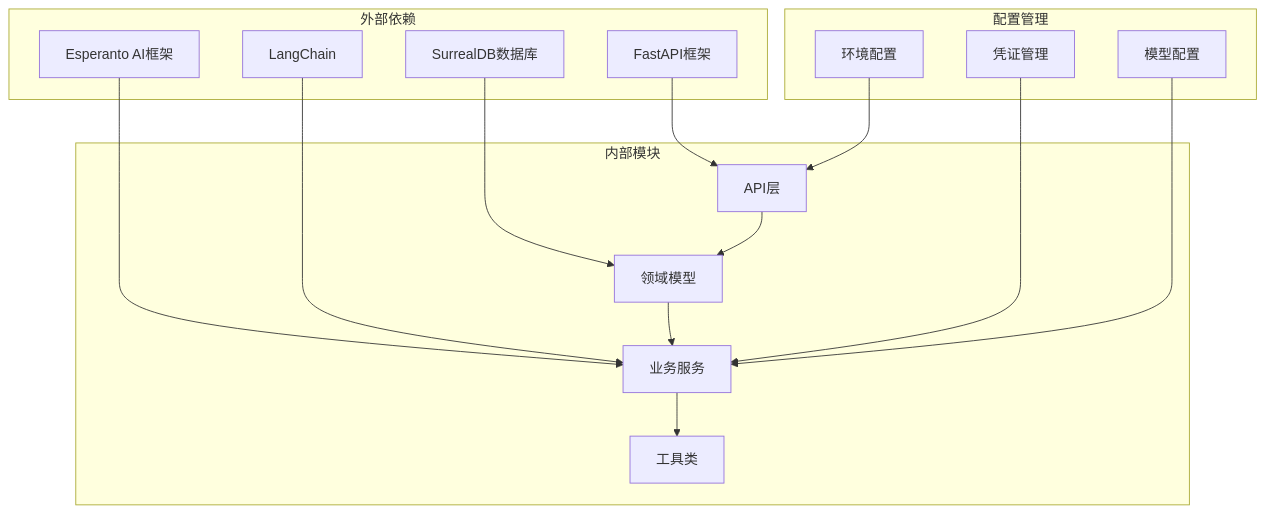
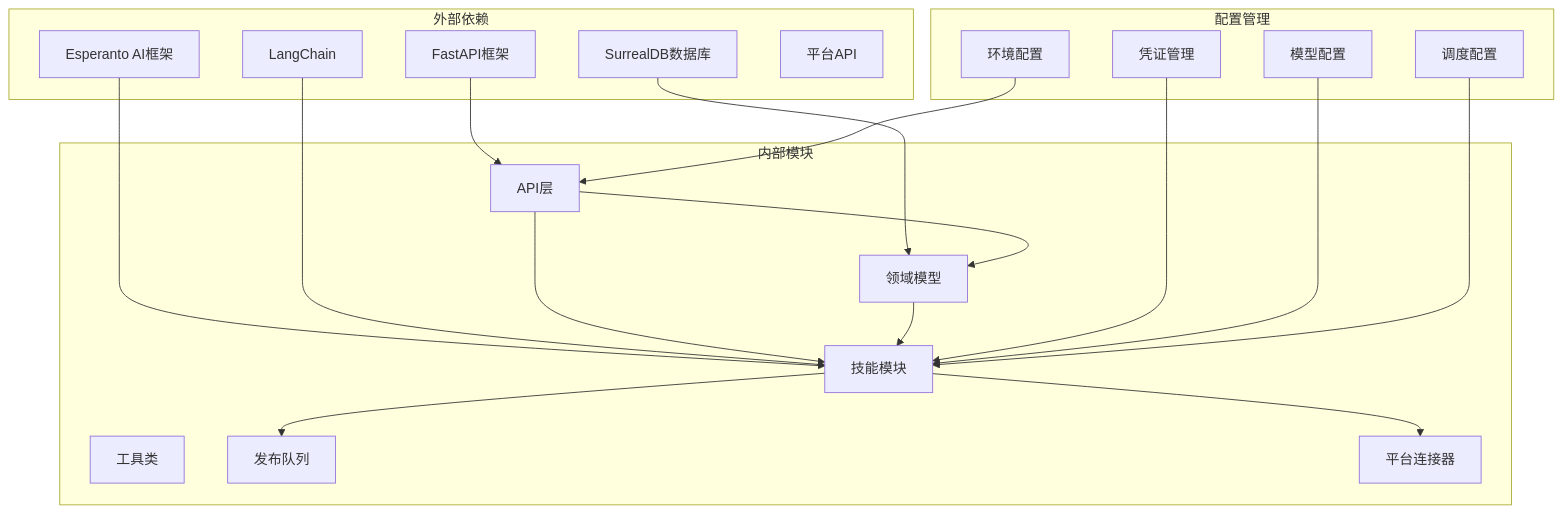
One commit to jackeyunjie/open-notebook changed diagram 14 of 17 in .qoder/repowiki/zh/content/API集成.md. Above: the diagram before and after it, drawn with Mermaid. The commit also changed other lines of this file and 51 other files, not shown here.

````diff
--- a/.qoder/repowiki/zh/content/API集成.md
+++ b/.qoder/repowiki/zh/content/API集成.md
@@ -344,30 +617,37 @@
 ```mermaid
 graph TB
 subgraph "外部依赖"
 FastAPI[FastAPI框架]
 SurrealDB[SurrealDB数据库]
 Esperanto[Esperanto AI框架]
 LangChain[LangChain]
+PlatformAPIs[平台API]
 end
 subgraph "内部模块"
 API[API层]
 Domain[领域模型]
-Services[业务服务]
+Skills[技能模块]
 Utils[工具类]
+PublishJobs[发布队列]
+PlatformConnectors[平台连接器]
 end
 subgraph "配置管理"
 Config[环境配置]
 Credentials[凭证管理]
 Models[模型配置]
+Scheduler[调度配置]
 end
 FastAPI --> API
 SurrealDB --> Domain
-Esperanto --> Services
-LangChain --> Services
+Esperanto --> Skills
+LangChain --> Skills
 API --> Domain
-Domain --> Services
-Services --> Utils
+API --> Skills
+Domain --> Skills
+Skills --> PlatformConnectors
+Skills --> PublishJobs
 Config --> API
-Credentials --> Services
-Models --> Services
+Credentials --> Skills
+Models --> Skills
+Scheduler --> Skills
 ```
````
